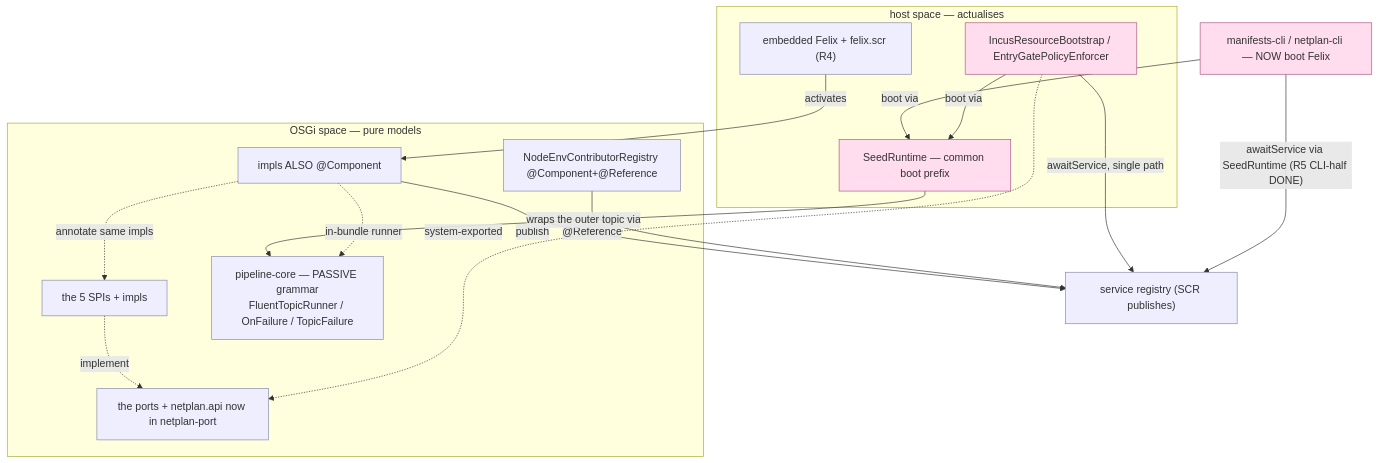
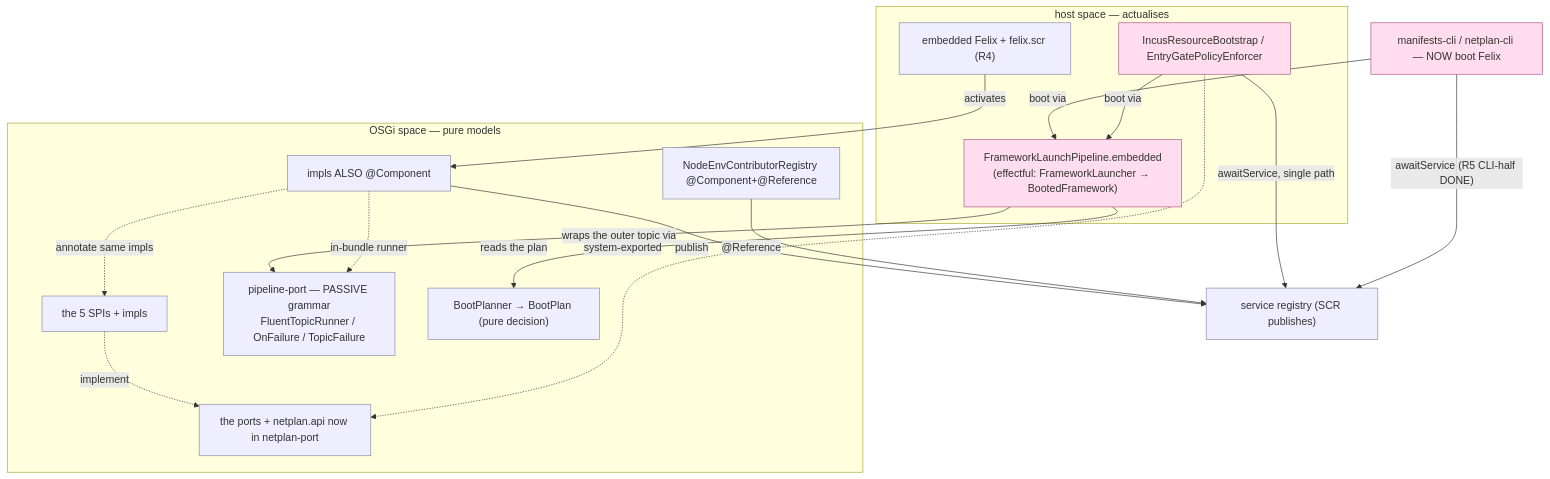
Before and after one commit to nxmatic/rke2lab: the fourth of 4 diagrams in docs/architecture/atlas/runtime.adoc, drawn with Mermaid. The commit also changed other lines of this file and 3 other files, not shown here.

First line of the commit message:
docs(atlas,pipeline): align spec network on the shipped socle + fix boot drift

```diff
--- a/docs/architecture/atlas/runtime.adoc
+++ b/docs/architecture/atlas/runtime.adoc
@@ -223,33 +228,35 @@
 [mermaid]
 ....
 flowchart TB
   subgraph OSGI["OSGi space — pure models"]
     bapi["the ports + netplan.api now in netplan-port"]:::osgi
     spi["the 5 SPIs + impls"]:::osgi
     comp["impls ALSO @Component"]:::osgi
     reg2["NodeEnvContributorRegistry @Component+@Reference"]:::osgi
-    pc["pipeline-core — PASSIVE grammar<br/>FluentTopicRunner / OnFailure / TopicFailure"]:::osgi
+    pc["pipeline-port — PASSIVE grammar<br/>FluentTopicRunner / OnFailure / TopicFailure"]:::osgi
+    plan["BootPlanner → BootPlan (pure decision)"]:::osgi
   end
   subgraph HOST["host space — actualises"]
     seam0["IncusResourceBootstrap / EntryGatePolicyEnforcer"]:::host
     fx["embedded Felix + felix.scr (R4)"]:::osgi
-    sr["SeedRuntime — common boot prefix"]:::host
+    flp["FrameworkLaunchPipeline.embedded<br/>(effectful: FrameworkLauncher → BootedFramework)"]:::host
   end
   cli["manifests-cli / netplan-cli — NOW boot Felix"]:::host
   reg["service registry (SCR publishes)"]:::osgi
   comp -.->|annotate same impls| spi
   fx -->|activates| comp
   comp -->|publish| reg
   seam0 -->|"awaitService, single path"| reg
   reg2 -->|"@Reference"| reg
-  cli -->|"awaitService via SeedRuntime (R5 CLI-half DONE)"| reg
-  cli -->|boot via| sr
-  seam0 -->|boot via| sr
-  sr -->|"wraps the outer topic via"| pc
+  cli -->|"awaitService (R5 CLI-half DONE)"| reg
+  cli -->|boot via| flp
+  seam0 -->|boot via| flp
+  flp -->|"reads the plan"| plan
+  flp -->|"wraps the outer topic via"| pc
   comp -.->|"in-bundle runner"| pc
   spi -.->|implement| bapi
   seam0 -.->|"system-exported"| bapi
   classDef osgi fill:#eef,stroke:#88a,stroke-width:1px;
   classDef host fill:#fde,stroke:#a58,stroke-width:1px;
   classDef neu fill:#dfd,stroke:#2a2,stroke-width:3px;
 ....
```
